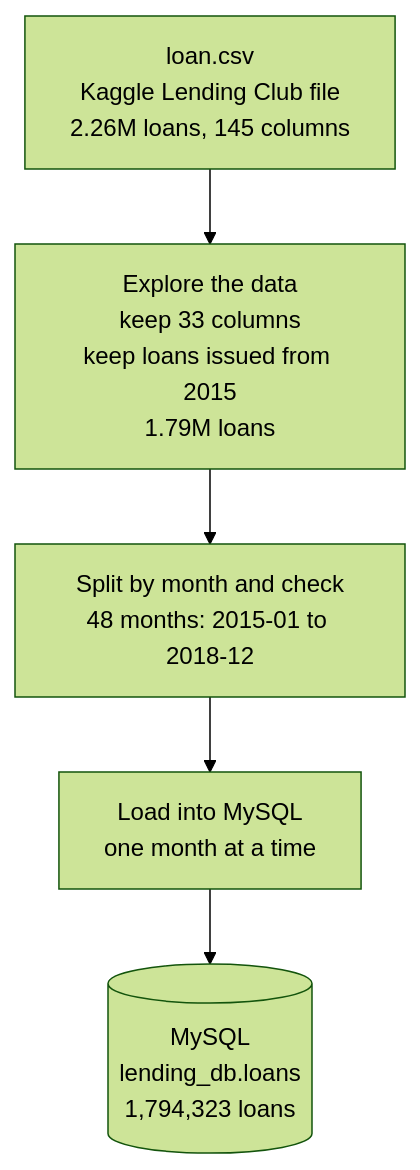
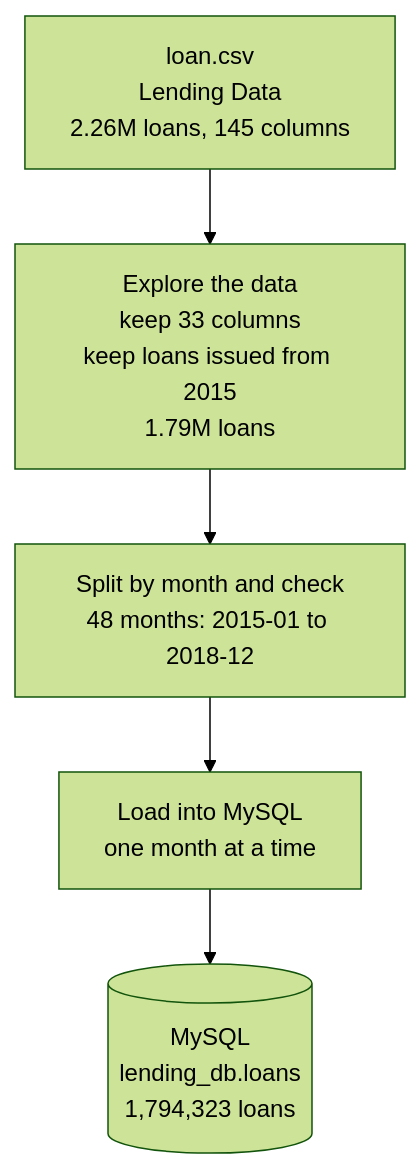
One commit to ajaychandra-arekal/data_engineering_lending_pipeline changed the diagram in 00_source_setup/README.md. Above: the diagram before and after it, drawn with Mermaid (forest theme).

Commit message:
Update loan.csv description in README.md

````diff
--- a/00_source_setup/README.md
+++ b/00_source_setup/README.md
@@ -11,7 +11,7 @@
 ```mermaid
 flowchart TD
-    A["loan.csv<br/>Kaggle Lending Club file<br/>2.26M loans, 145 columns"] --> B["Explore the data<br/>keep 33 columns<br/>keep loans issued from 2015<br/>1.79M loans"]
+    A["loan.csv<br/>Lending Data<br/>2.26M loans, 145 columns"] --> B["Explore the data<br/>keep 33 columns<br/>keep loans issued from 2015<br/>1.79M loans"]
     B --> C["Split by month and check<br/>48 months: 2015-01 to 2018-12"]
     C --> D["Load into MySQL<br/>one month at a time"]
     D --> E[("MySQL<br/>lending_db.loans<br/>1,794,323 loans")]
 ```
````
